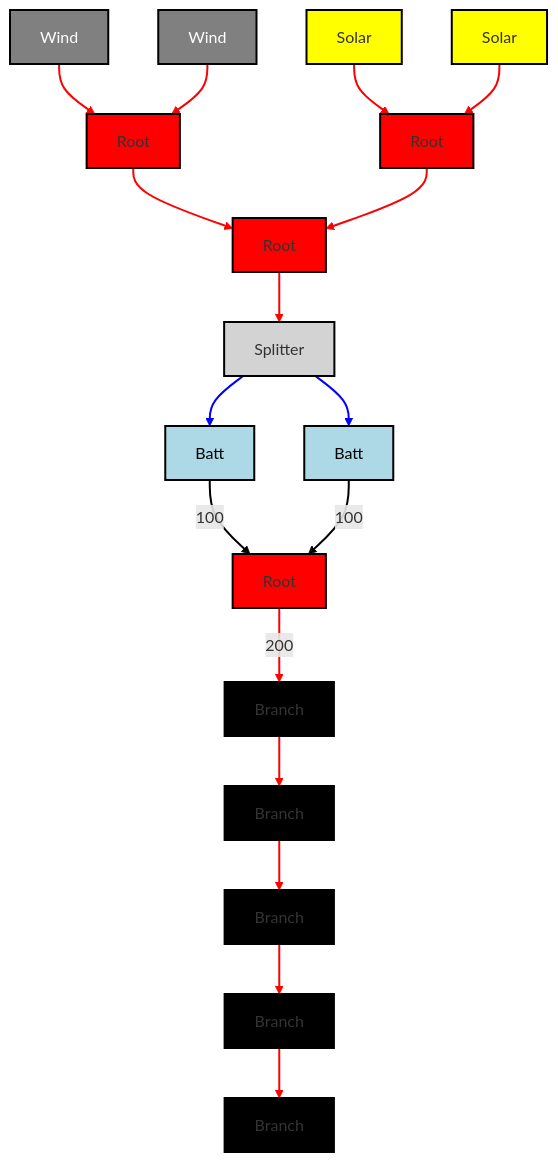
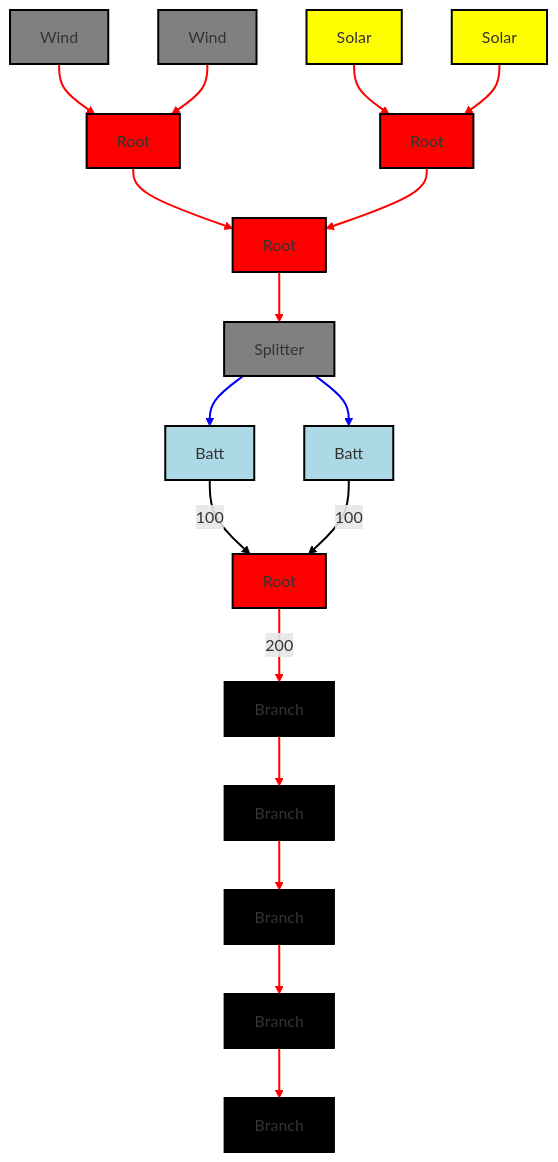
Before and after one commit to ZareMate/rust-logistics: the diagram in readme.md, drawn with Mermaid.

````diff
--- a/readme.md
+++ b/readme.md
@@ -1,41 +1,41 @@
 ```mermaid
   graph TD;
     %% Class Definitions
     classDef root fill:#ff0000,stroke:#000,stroke-width:2,color:#fff; %% Red background, white text
     classDef branch fill:#000000,stroke:#000,stroke-width:2,color:#fff; %% Black background, white text
-    classDef wind fill:#808080,stroke:#000,stroke-width:2,color:#fff,shape:circle; %% Grey background, white text, circle
-    classDef solar fill:#ffff00,stroke:#000,stroke-width:2,color:#000; %% Yellow background, black text
-    classDef batt fill:#add8e6,stroke:#000,stroke-width:2,color:#000,shape:database; %% Light blue background, black text
-    classDef splitter fill:#d3d3d3,stroke:#000,stroke-width:2,color:#000; %% Light grey background, black text
+    classDef wind fill:gray,stroke:#000,stroke-width:2,color:#fff; %% Grey background, white text circle
+    classDef solar fill:yellow,stroke:#000,stroke-width:2,color:#000; %% Yellow background, black text
+    classDef batt fill:#add8e6,stroke:#000,stroke-width:2,color:#000; %% Light blue background, black text
+    classDef splitter fill:gray,stroke:#000,stroke-width:2,color:#000; %% Light grey background, black text
 
     %% Graph Nodes
     Wind1[Wind] -->| | Root1[Root];
     Wind2[Wind] -->| | Root1[Root];
     Solar1[Solar] -->| | Root2[Root];
     Solar2[Solar] -->| | Root2[Root];
     Root1[Root] -->| | Root3[Root];
     Root2[Root] -->| | Root3[Root];
     Root3[Root] -->| | Splitter1[Splitter];
     Splitter1[Splitter] -->| | Batt1[Batt];
     Splitter1[Splitter] -->| | Batt2[Batt];
     Batt1[Batt] -->|100| Root4[Root];
     Batt2[Batt] -->|100| Root4[Root];
     Root4[Root] -->|200| Branch1[Branch];
     Branch1[Branch] --> Branch2[Branch];
     Branch2[Branch] --> Branch3[Branch];
     Branch3[Branch] --> Branch4[Branch];
     Branch4[Branch] --> Branch5[Branch];
 
     %% Link Styles
     linkStyle 0,1,2,3,4,5,6,11,12,13,14,15 stroke:red,stroke-width:2;
     linkStyle 7,8 stroke:blue,stroke-width:2;
     linkStyle 9,10 stroke:black,stroke-width:2;
 
     %% Class Assignments
     class Root1,Root2,Root3,Root4 root;
     class Branch1,Branch2,Branch3,Branch4,Branch5 branch;
     class Wind1,Wind2 wind;
     class Solar1,Solar2 solar;
     class Batt1,Batt2 batt;
     class Splitter1 splitter;
 ```
````
